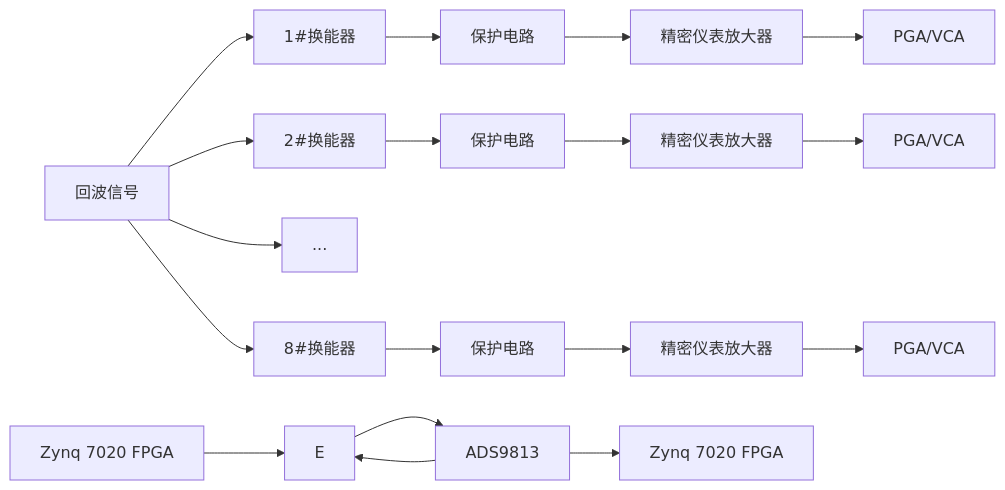
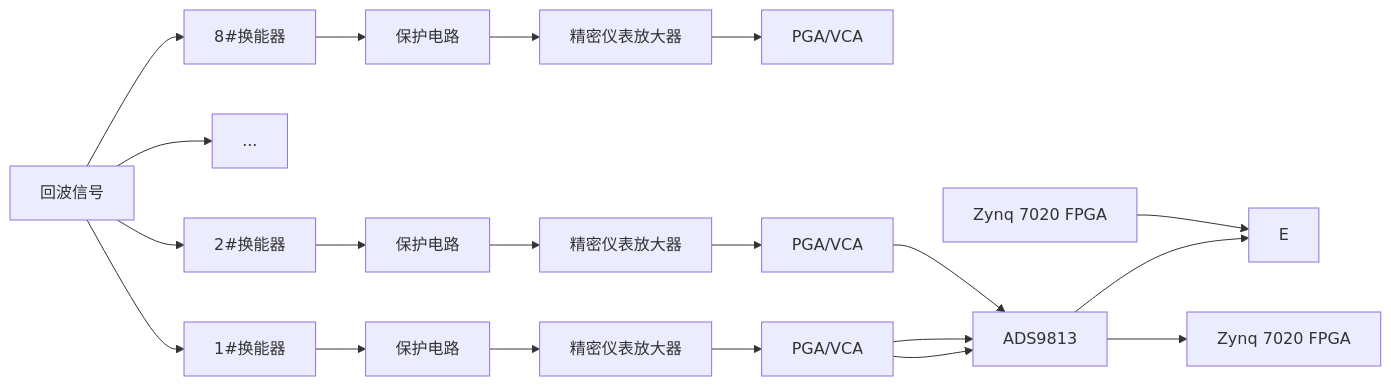
One commit to Rukawa15/iodraw-files changed the diagram in all/多通道同步采集-1.md. Above: the diagram before and after it, drawn with Mermaid.

Commit message:
2025-06-19 14:10:59 update

````diff
--- a/all/多通道同步采集-1.md
+++ b/all/多通道同步采集-1.md
@@ -1,22 +1,24 @@
 ```mermaid
 graph LR
 A[回波信号]
 A --> B1[1#换能器]
 A --> B2[2#换能器]
 A --> ...
 A --> B8[8#换能器]
 B1 --> C1[保护电路]
 B2 --> C2[保护电路]
 B8 --> C8[保护电路]
 H[Zynq 7020 FPGA] --> E
 C1 --> D1[精密仪表放大器]
 C2 --> D2[精密仪表放大器] 
 C8 --> D8[精密仪表放大器] 
 D1 --> E1[PGA/VCA]
 D2 --> E2[PGA/VCA] 
 D8 --> E8[PGA/VCA] 
-E --> F[ADS9813] 
+E1 --> F[ADS9813]
+E2 --> F[ADS9813] 
+E1 --> F[ADS9813] 
 F --> G[Zynq 7020 FPGA]
 F --> E
 
 ```
````
